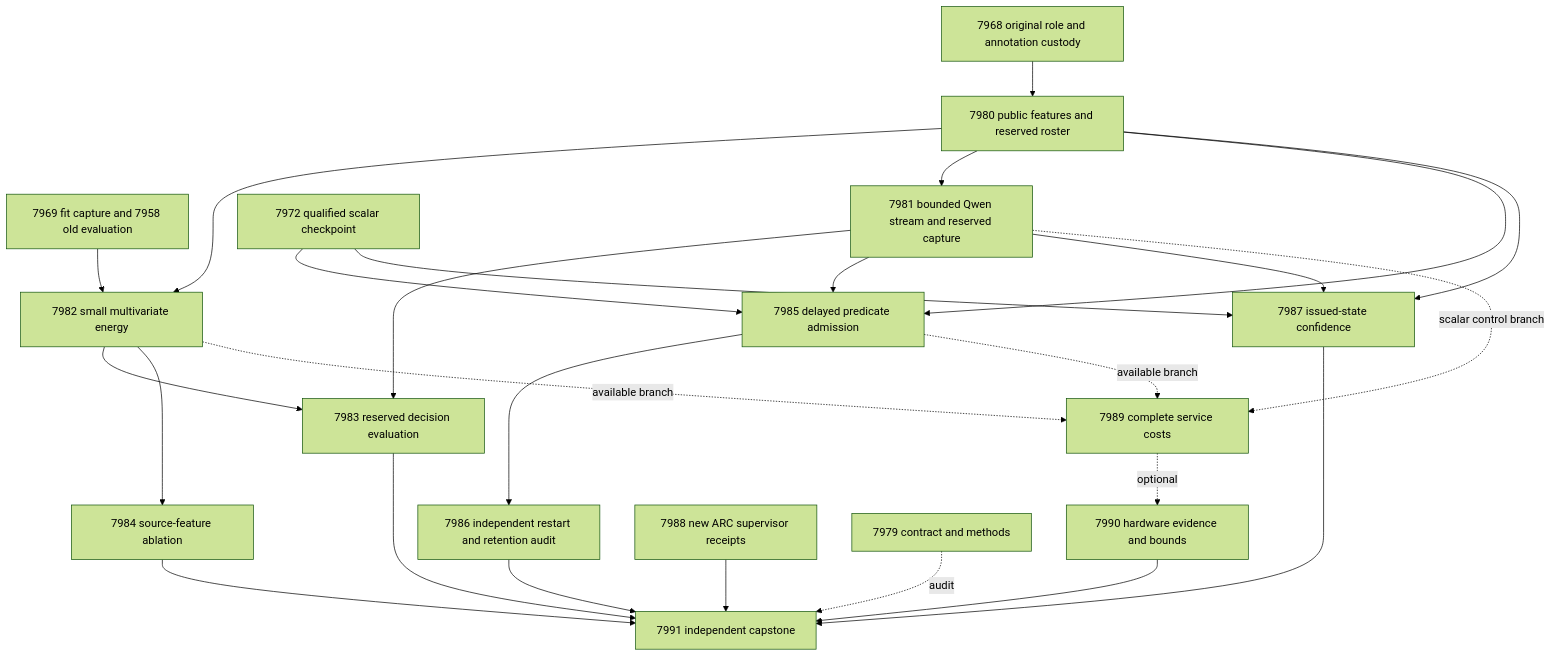
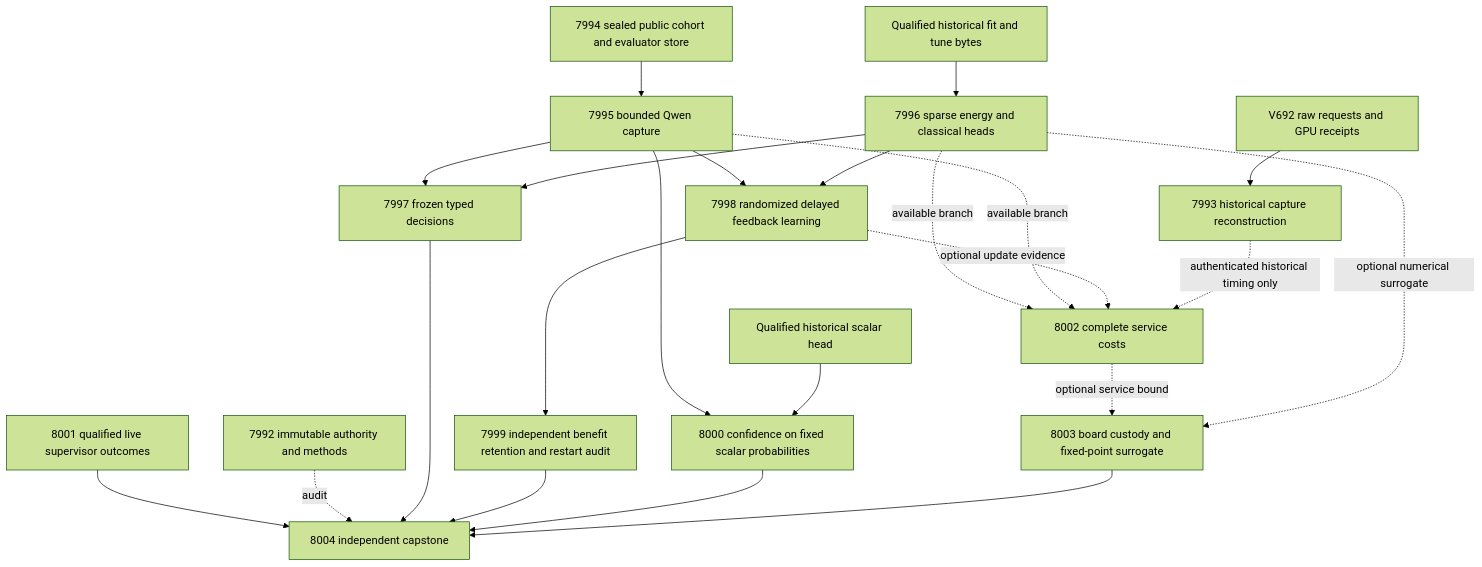
Before and after one commit to Carnot-EBM/carnot-ebm: the diagram in openspec/change-proposals/research-roadmap-vNEXT.md, drawn with Mermaid (forest theme). The commit also changed other lines of this file and 12 other files, not shown here.

````diff
--- a/openspec/change-proposals/research-roadmap-vNEXT.md
+++ b/openspec/change-proposals/research-roadmap-vNEXT.md
@@ -82,28 +81,25 @@
 ```mermaid
 flowchart TD
-  H[7968 original role and annotation custody] --> F[7980 public features and reserved roster]
-  Q[7969 fit capture and 7958 old evaluation] --> T[7982 small multivariate energy]
-  F --> T
-  F --> C[7981 bounded Qwen stream and reserved capture]
-  C --> D[7983 reserved decision evaluation]
+  OLD[V692 raw requests and GPU receipts] --> R[7993 historical capture reconstruction]
+  C[7994 sealed public cohort and evaluator store] --> Q[7995 bounded Qwen capture]
+  H[Qualified historical fit and tune bytes] --> T[7996 sparse energy and classical heads]
+  Q --> D[7997 frozen typed decisions]
   T --> D
-  T --> A[7984 source-feature ablation]
-  B[7972 qualified scalar checkpoint] --> L[7985 delayed predicate admission]
-  C --> L
-  F --> L
-  L --> R[7986 independent restart and retention audit]
-  B --> I[7987 issued-state confidence]
-  C --> I
-  F --> I
-  T -. available branch .-> S[7989 complete service costs]
-  L -. available branch .-> S
-  C -. scalar control branch .-> S
-  S -. optional .-> W[7990 hardware evidence and bounds]
-  X[7988 new ARC supervisor receipts] --> Z[7991 independent capstone]
+  Q --> L[7998 randomized delayed feedback learning]
+  T --> L
+  L --> A[7999 independent benefit retention and restart audit]
+  Q --> I[8000 confidence on fixed scalar probabilities]
+  S[Qualified historical scalar head] --> I
+  T -. available branch .-> P[8002 complete service costs]
+  Q -. available branch .-> P
+  L -. optional update evidence .-> P
+  R -. authenticated historical timing only .-> P
+  P -. optional service bound .-> W[8003 board custody and fixed-point surrogate]
+  T -. optional numerical surrogate .-> W
+  ARC[8001 qualified live supervisor outcomes] --> Z[8004 independent capstone]
+  M[7992 immutable authority and methods] -. audit .-> Z
   D --> Z
   A --> Z
-  R --> Z
   I --> Z
   W --> Z
-  M[7979 contract and methods] -. audit .-> Z
 ```
````
